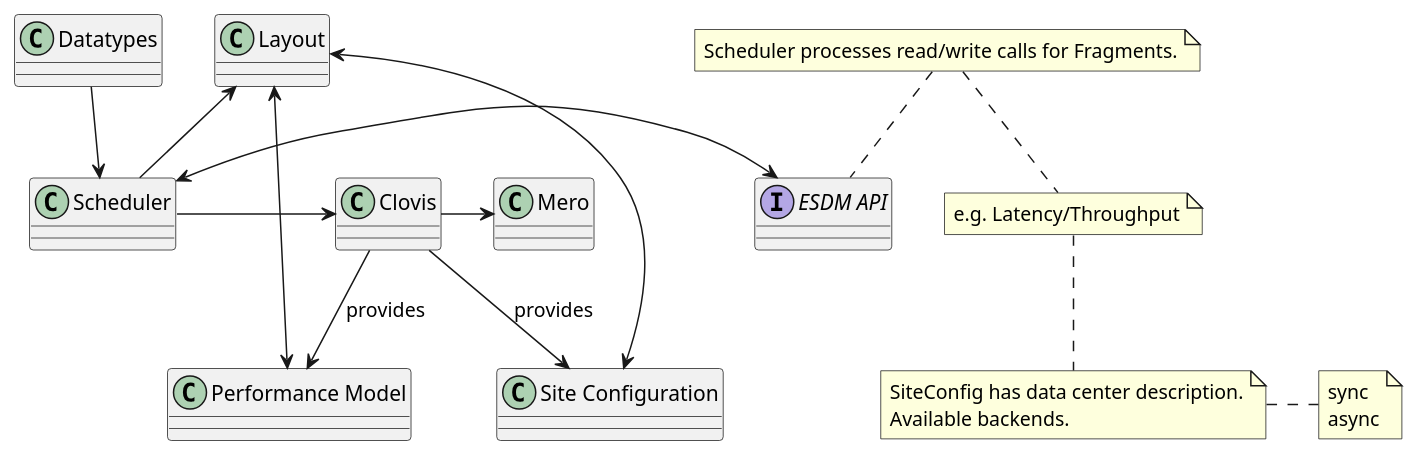
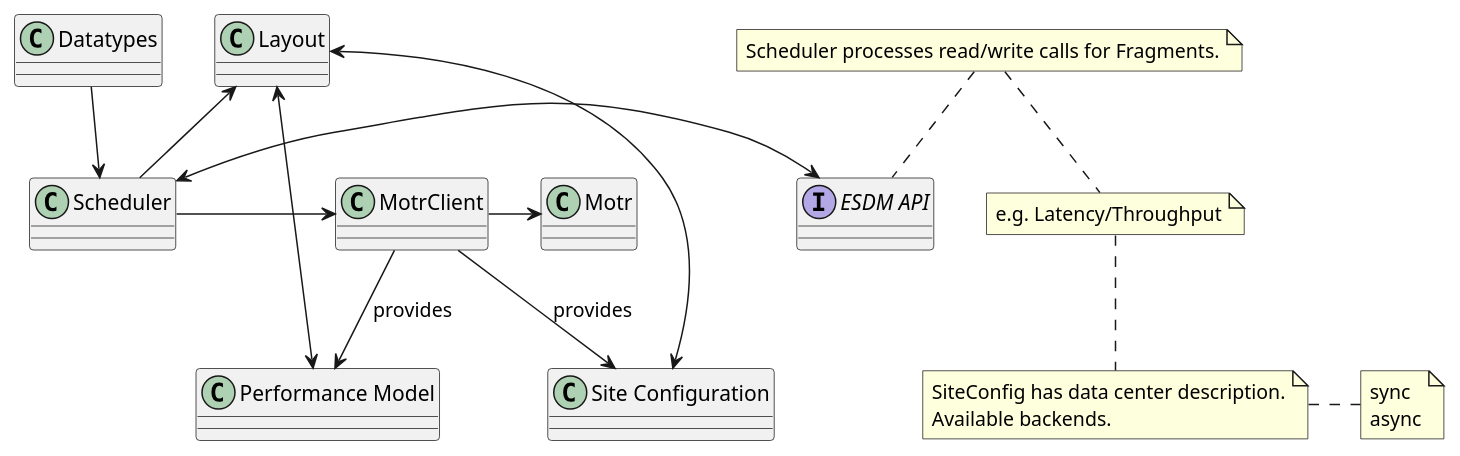
One commit to ESiWACE/esdm changed the diagram in doc/assets/esdm-backends/mero/logical.pu. Above: the diagram before and after it, drawn with PlantUML. The commit also changed 17 other files, not shown here.

Commit message:
backends: update code from Mero Clovis to Motr Client

```diff
--- a/doc/assets/esdm-backends/mero/logical.pu
+++ b/doc/assets/esdm-backends/mero/logical.pu
@@ -1,50 +1,50 @@
 @startuml
 
-class Mero
-class Clovis
+class Motr
+class MotrClient
 
 class Datatypes
 class Scheduler
 class Layout
 class "Performance Model" as Performance
 class "Site Configuration" as SiteConfig
 
 interface "ESDM API" as ESDMAPI
 
 
 
-Mero <-left- Clovis
+Motr <-left- MotrClient
 
-Clovis <-left- Scheduler
+MotrClient <-left- Scheduler
 note top
 	Scheduler processes read/write calls for Fragments.
 end note
 
-Clovis --> Performance: provides
-Clovis --> SiteConfig: provides
+MotrClient --> Performance: provides
+MotrClient --> SiteConfig: provides
 
 
 Datatypes -down-> Scheduler
 
 Layout <--> Performance
 note bottom
 	e.g. Latency/Throughput
 end note
 
 Layout <--> SiteConfig
 note bottom
 	SiteConfig has data center description.
 	Available backends.
 end note
 
 Layout <-down- Scheduler
 
 
 Scheduler <-right-> ESDMAPI
 note right
 	sync
 	async
 end note
 
 
 @enduml
```
